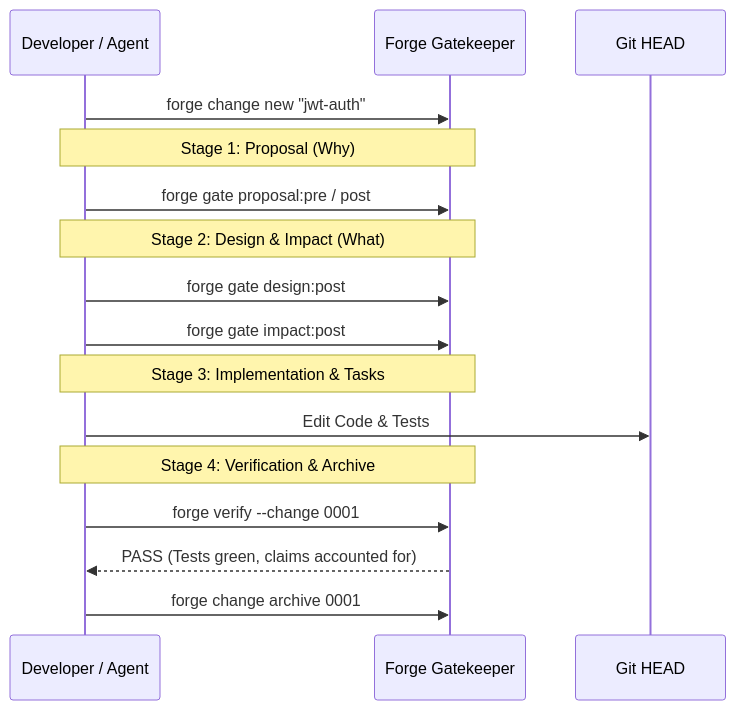
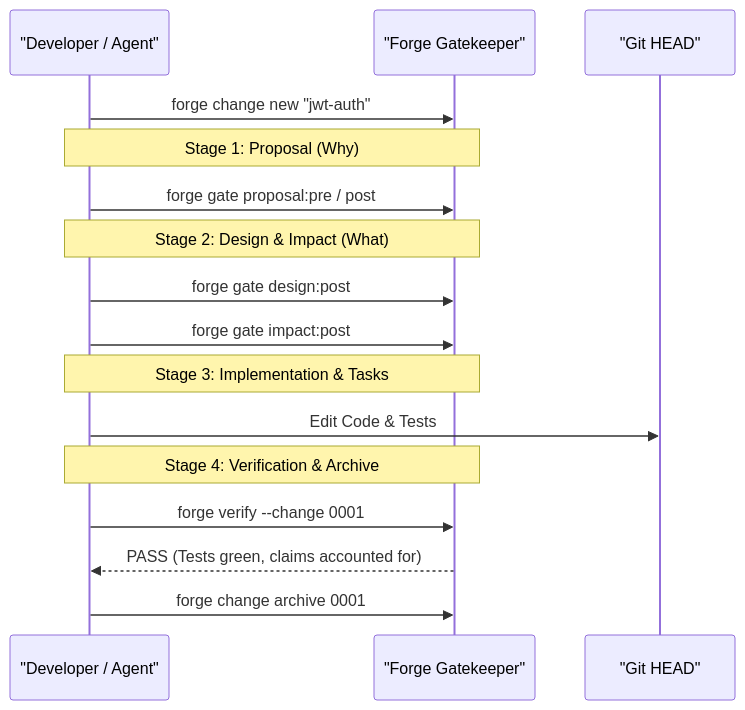
The second of 2 diagrams in docs/en/concepts.md (CodeGenLabs/Forge), drawn with Mermaid before and after one commit. The commit also changed other lines of this file and 5 other files, not shown here.

Commit message:
fix(docs): quote all mermaid node labels and sanitize diagram syntax

````diff
--- a/docs/en/concepts.md
+++ b/docs/en/concepts.md
@@ -90,19 +90,19 @@
 ```mermaid
 sequenceDiagram
-    participant Dev as Developer / Agent
-    participant Forge as Forge Gatekeeper
-    participant Git as Git HEAD
+    participant Dev as "Developer / Agent"
+    participant Forge as "Forge Gatekeeper"
+    participant Git as "Git HEAD"
 
     Dev->>Forge: forge change new "jwt-auth"
     Note over Dev,Forge: Stage 1: Proposal (Why)
     Dev->>Forge: forge gate proposal:pre / post
     Note over Dev,Forge: Stage 2: Design & Impact (What)
     Dev->>Forge: forge gate design:post
     Dev->>Forge: forge gate impact:post
     Note over Dev,Forge: Stage 3: Implementation & Tasks
     Dev->>Git: Edit Code & Tests
     Note over Dev,Forge: Stage 4: Verification & Archive
     Dev->>Forge: forge verify --change 0001
     Forge-->>Dev: PASS (Tests green, claims accounted for)
     Dev->>Forge: forge change archive 0001
 ```
````
